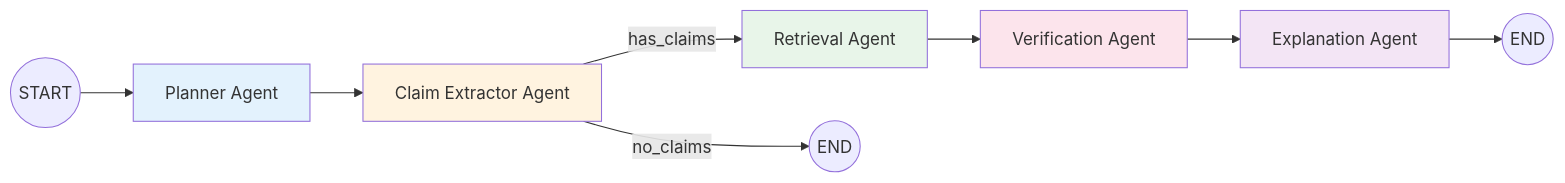
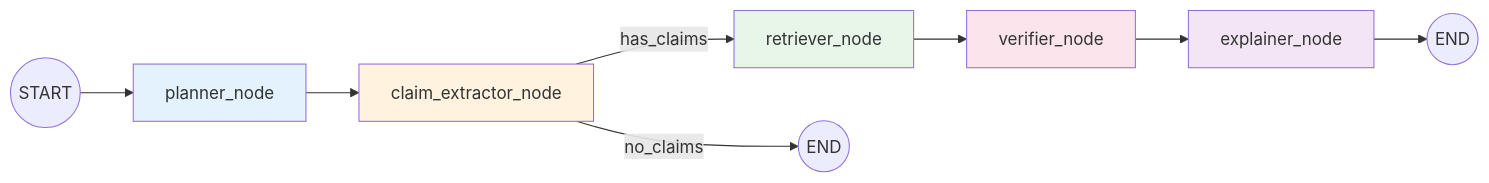
Before and after one commit to chandan112307/evilearn-2: the first of 3 diagrams in backend/ai_engine/README.md, drawn with Mermaid. The commit also changed other lines of this file and 9 other files, not shown here.

First line of the commit message:
Rewrite AI engine as graph-native LangGraph system: delete agent classes, implement all agents as pure-function graph nodes

````diff
--- a/backend/ai_engine/README.md
+++ b/backend/ai_engine/README.md
@@ -11,16 +13,16 @@
 ```mermaid
 graph LR
-    START((START)) --> P[Planner Agent]
-    P --> CE[Claim Extractor Agent]
-    CE -->|has_claims| R[Retrieval Agent]
+    START((START)) --> P[planner_node]
+    P --> CE[claim_extractor_node]
+    CE -->|has_claims| R[retriever_node]
     CE -->|no_claims| END1((END))
-    R --> V[Verification Agent]
-    V --> E[Explanation Agent]
+    R --> V[verifier_node]
+    V --> E[explainer_node]
     E --> END2((END))
 
     style P fill:#e3f2fd
     style CE fill:#fff3e0
     style R fill:#e8f5e9
     style V fill:#fce4ec
     style E fill:#f3e5f5
 ```
````
